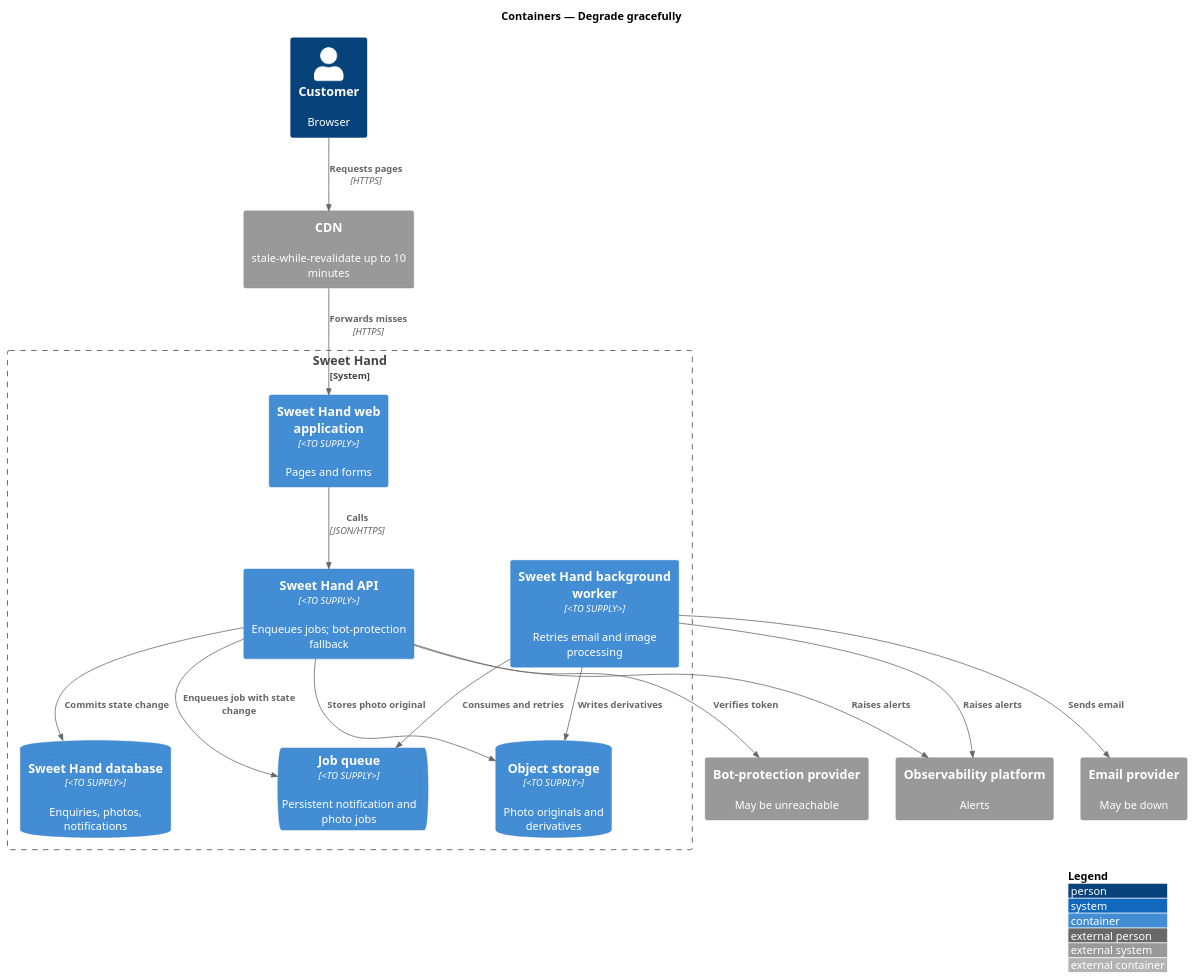
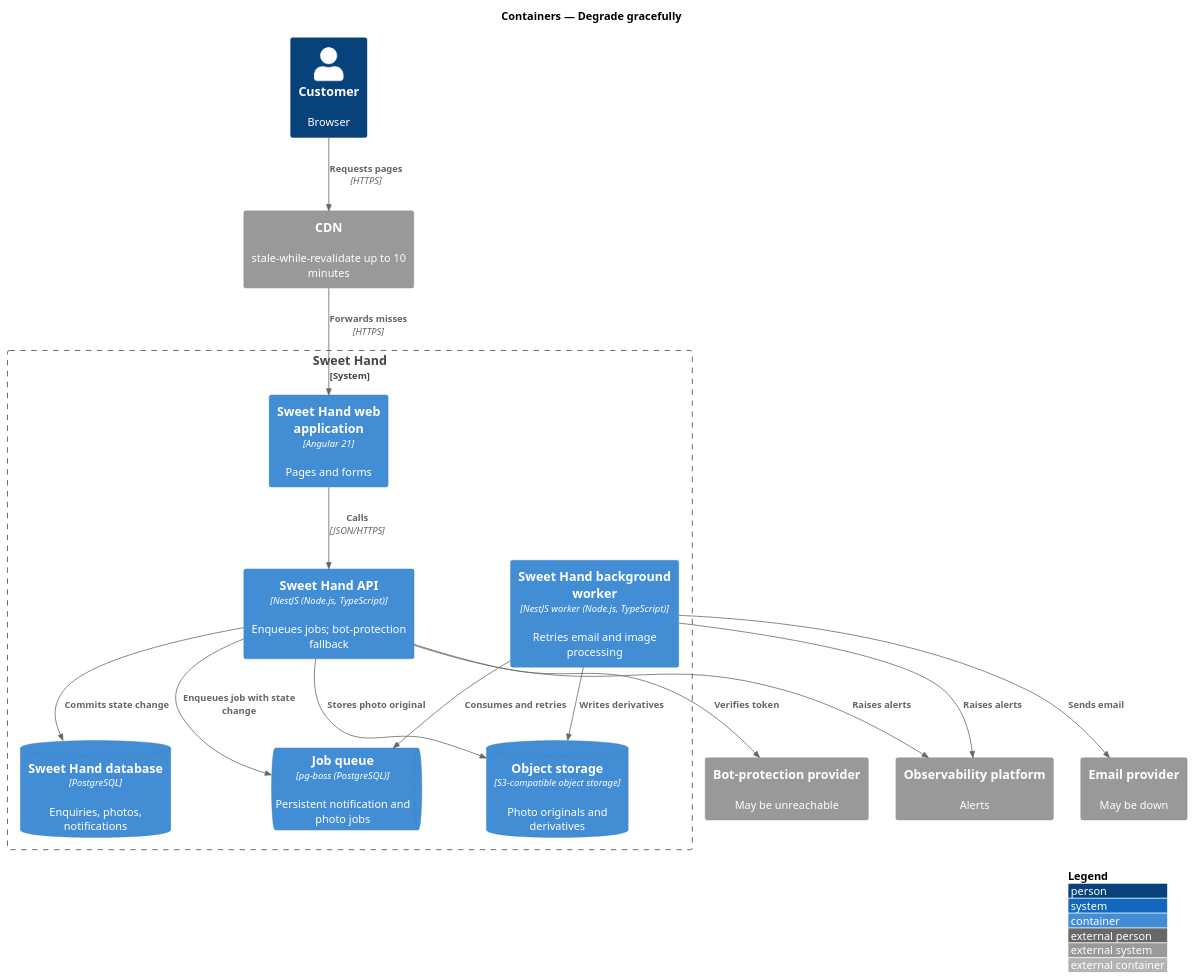
Before and after one commit to QuinntyneBrown/sweet-hand: the diagram in docs/detailed-designs/platform/degrade-gracefully/diagrams/c4-container.puml, drawn with PlantUML. The commit also changed 34 other files, not shown here.

```diff
--- a/docs/detailed-designs/platform/degrade-gracefully/diagrams/c4-container.puml
+++ b/docs/detailed-designs/platform/degrade-gracefully/diagrams/c4-container.puml
@@ -1,32 +1,32 @@
 @startuml
 !include <C4/C4_Container>
 LAYOUT_WITH_LEGEND()
 title Containers — Degrade gracefully
 
 Person(customer, "Customer", "Browser")
 System_Ext(cdn, "CDN", "stale-while-revalidate up to 10 minutes")
 System_Ext(email, "Email provider", "May be down")
 System_Ext(bot, "Bot-protection provider", "May be unreachable")
 System_Ext(obs, "Observability platform", "Alerts")
 System_Boundary(sweethand, "Sweet Hand") {
-  Container(web, "Sweet Hand web application", "<TO SUPPLY>", "Pages and forms")
-  Container(api, "Sweet Hand API", "<TO SUPPLY>", "Enqueues jobs; bot-protection fallback")
-  ContainerDb(db, "Sweet Hand database", "<TO SUPPLY>", "Enquiries, photos, notifications")
-  ContainerQueue(queue, "Job queue", "<TO SUPPLY>", "Persistent notification and photo jobs")
-  Container(worker, "Sweet Hand background worker", "<TO SUPPLY>", "Retries email and image processing")
-  ContainerDb(storage, "Object storage", "<TO SUPPLY>", "Photo originals and derivatives")
+  Container(web, "Sweet Hand web application", "Angular 21", "Pages and forms")
+  Container(api, "Sweet Hand API", "NestJS (Node.js, TypeScript)", "Enqueues jobs; bot-protection fallback")
+  ContainerDb(db, "Sweet Hand database", "PostgreSQL", "Enquiries, photos, notifications")
+  ContainerQueue(queue, "Job queue", "pg-boss (PostgreSQL)", "Persistent notification and photo jobs")
+  Container(worker, "Sweet Hand background worker", "NestJS worker (Node.js, TypeScript)", "Retries email and image processing")
+  ContainerDb(storage, "Object storage", "S3-compatible object storage", "Photo originals and derivatives")
 }
 
 Rel(customer, cdn, "Requests pages", "HTTPS")
 Rel(cdn, web, "Forwards misses", "HTTPS")
 Rel(web, api, "Calls", "JSON/HTTPS")
 Rel(api, db, "Commits state change")
 Rel(api, queue, "Enqueues job with state change")
 Rel(api, storage, "Stores photo original")
 Rel(api, bot, "Verifies token")
 Rel(worker, queue, "Consumes and retries")
 Rel(worker, email, "Sends email")
 Rel(worker, storage, "Writes derivatives")
 Rel(api, obs, "Raises alerts")
 Rel(worker, obs, "Raises alerts")
 @enduml
```
